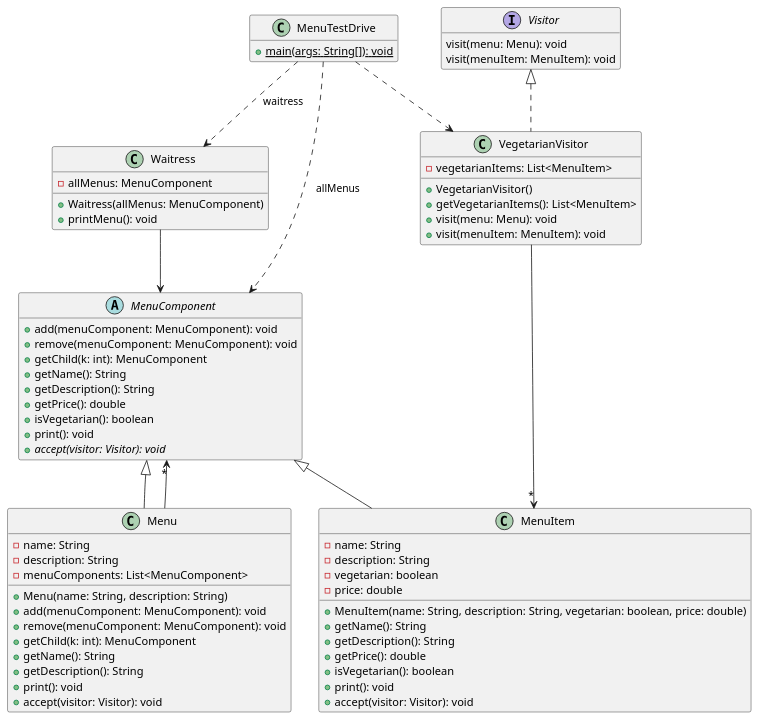
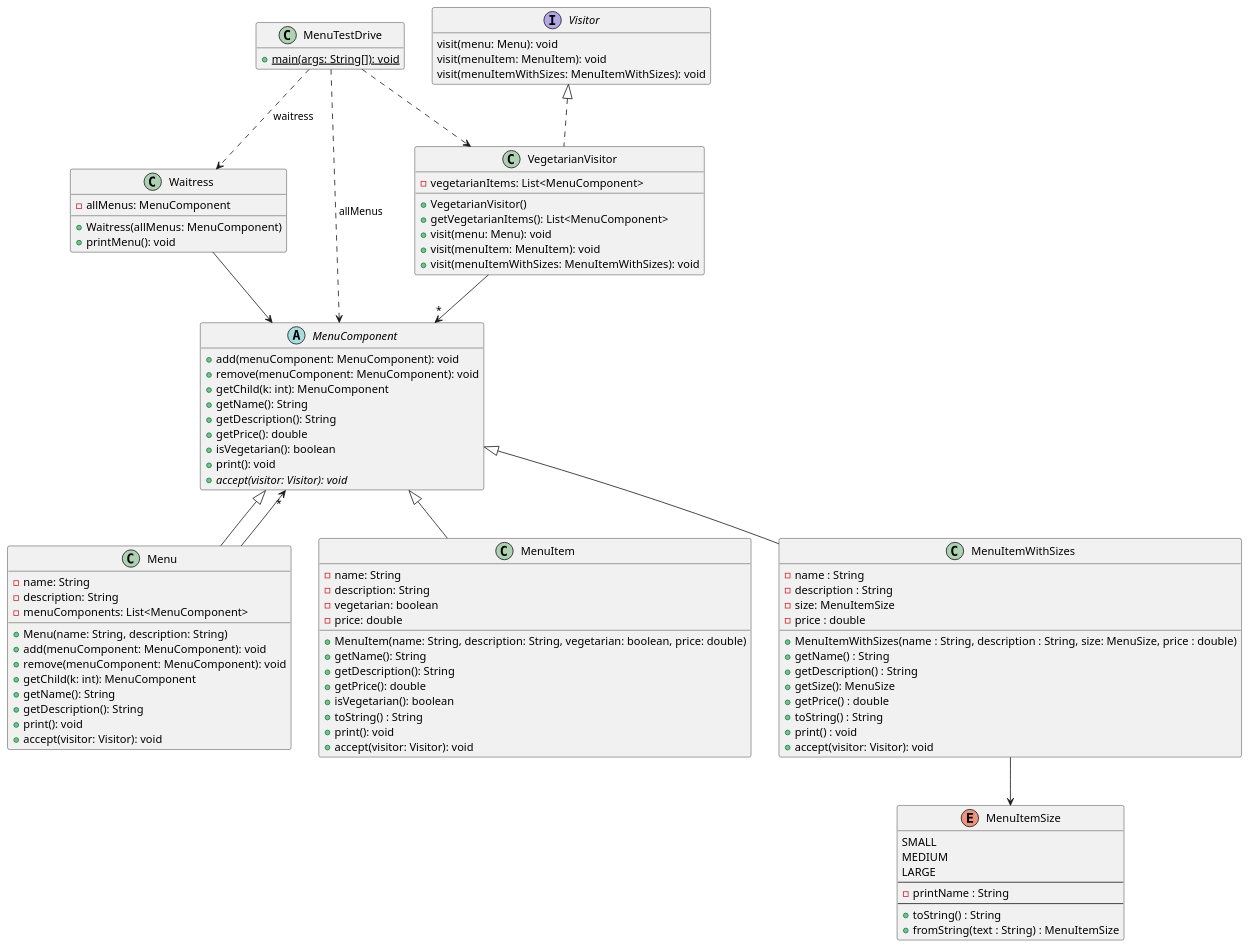
The diagram in CompositeWithVisitor.puml (rhit-csse374/BuffaloTemplateTest), drawn with PlantUML before and after one commit. The commit also changed 7 other files, not shown here.

Commit message:
added MenuItemWithSizes leaf

```diff
--- a/CompositeWithVisitor.puml
+++ b/CompositeWithVisitor.puml
@@ -1,80 +1,113 @@
 @startuml
 hide empty members
 
 class MenuTestDrive {
 	+{static} main(args: String[]): void
 }
 
 class Menu  {
 	-name: String
 	-description: String
 	-menuComponents: List<MenuComponent>
 
 	+Menu(name: String, description: String)
 	+add(menuComponent: MenuComponent): void
 	+remove(menuComponent: MenuComponent): void
 	+getChild(k: int): MenuComponent
 	+getName(): String
 	+getDescription(): String
 	+print(): void
 	+accept(visitor: Visitor): void
 }
 
 class MenuItem  {
 	-name: String
 	-description: String
 	-vegetarian: boolean
 	-price: double
 	+MenuItem(name: String, description: String, vegetarian: boolean, price: double)
 	+getName(): String
 	+getDescription(): String
 	+getPrice(): double
 	+isVegetarian(): boolean
+	+toString() : String
 	+print(): void
 	+accept(visitor: Visitor): void
 }
+
+class MenuItemWithSizes {
+        -name : String
+        -description : String
+        -size: MenuItemSize
+        -price : double
+
+        +MenuItemWithSizes(name : String, description : String, size: MenuSize, price : double)
+        +getName() : String
+        +getDescription() : String
+         +getSize(): MenuSize
+        +getPrice() : double
+		+toString() : String
+        +print() : void
+		+accept(visitor: Visitor): void
+    }
+
+enum MenuItemSize {
+        SMALL
+        MEDIUM
+        LARGE
+        --
+        -printName : String
+        --
+        +toString() : String
+        +fromString(text : String) : MenuItemSize
+    }
 
 class Waitress  {
 	-allMenus: MenuComponent
 
 	+Waitress(allMenus: MenuComponent)
 	+printMenu(): void
 }
 
 abstract class MenuComponent  {
 	+add(menuComponent: MenuComponent): void
 	+remove(menuComponent: MenuComponent): void
 	+getChild(k: int): MenuComponent
 	+getName(): String
 	+getDescription(): String
 	+getPrice(): double
 	+isVegetarian(): boolean
 	+print(): void
 	+{abstract} accept(visitor: Visitor): void
 }
 
 class VegetarianVisitor {
-	-vegetarianItems: List<MenuItem>
+	-vegetarianItems: List<MenuComponent>
 	
 	+VegetarianVisitor()
-	+getVegetarianItems(): List<MenuItem>
+	+getVegetarianItems(): List<MenuComponent>
 	+visit(menu: Menu): void
 	+visit(menuItem: MenuItem): void
+	+visit(menuItemWithSizes: MenuItemWithSizes): void
 }
 
 interface Visitor  {
 	visit(menu: Menu): void
 	visit(menuItem: MenuItem): void
+	visit(menuItemWithSizes: MenuItemWithSizes): void
 }
 
+
+MenuItemWithSizes --> MenuItemSize
 Menu --> "*" MenuComponent 
 MenuComponent <|-- Menu
 MenuComponent <|-- MenuItem
+MenuComponent <|-- MenuItemWithSizes
 Waitress --> MenuComponent
-VegetarianVisitor --> "*" MenuItem
+VegetarianVisitor --> "*" MenuComponent
 Visitor <|.. VegetarianVisitor
 
 MenuTestDrive ..> MenuComponent : allMenus
 MenuTestDrive ..> Waitress : waitress
 MenuTestDrive ..> VegetarianVisitor 
 @enduml
```
